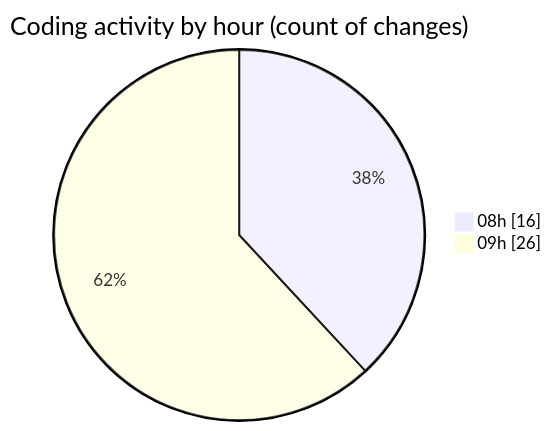
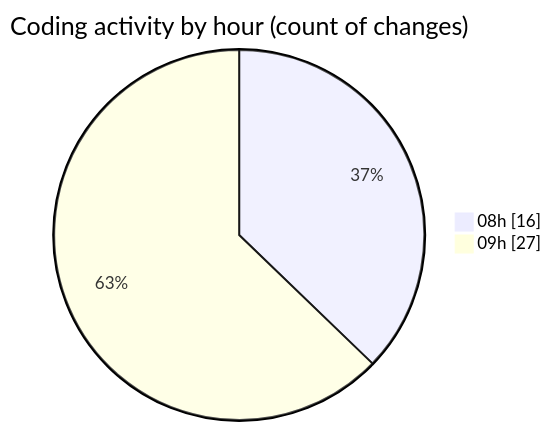
One commit to momahboobian/code-tracking changed the second of 2 diagrams in 2025-03-12/cda/README.md. Above: the diagram before and after it, drawn with Mermaid. The commit also changed other lines of this file and 1 other file, not shown here.

````diff
--- a/2025-03-12/cda/README.md
+++ b/2025-03-12/cda/README.md
@@ -34,6 +34,6 @@
 ```mermaid
 pie showData
 title Coding activity by hour (count of changes)
 "08h" : 16
-"09h" : 26
+"09h" : 27
 ```
````
